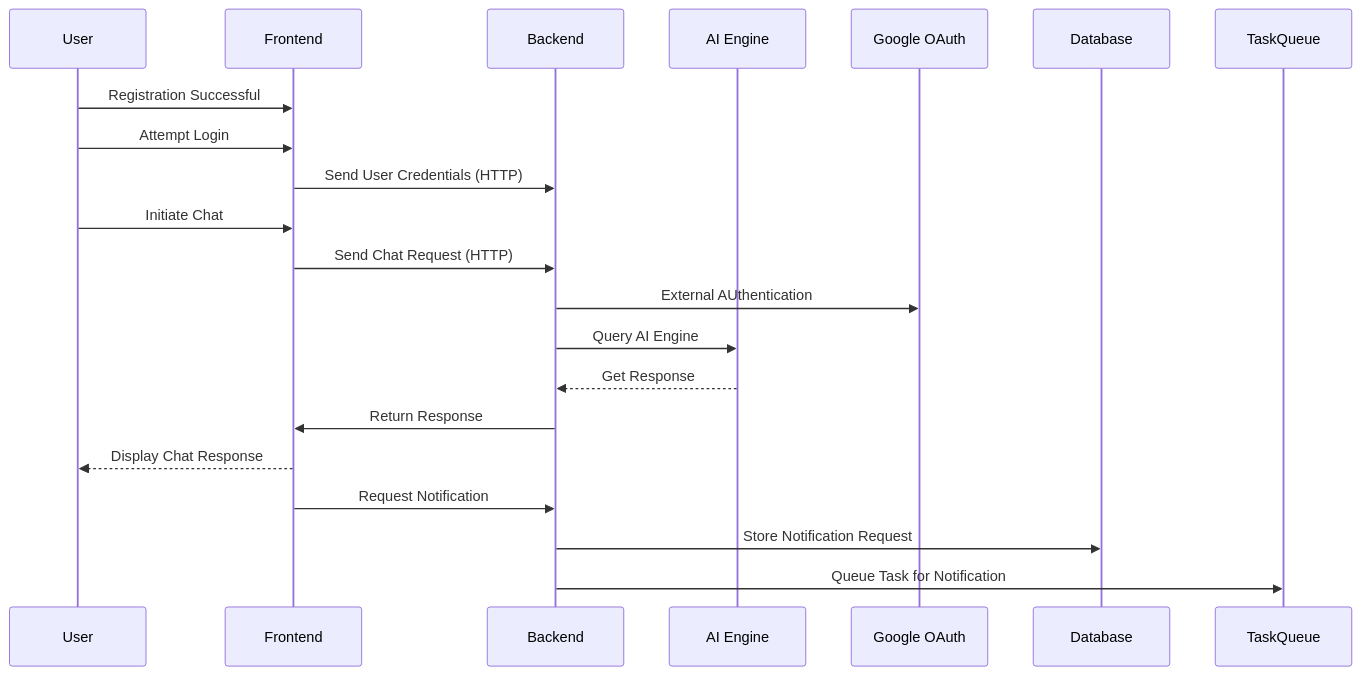
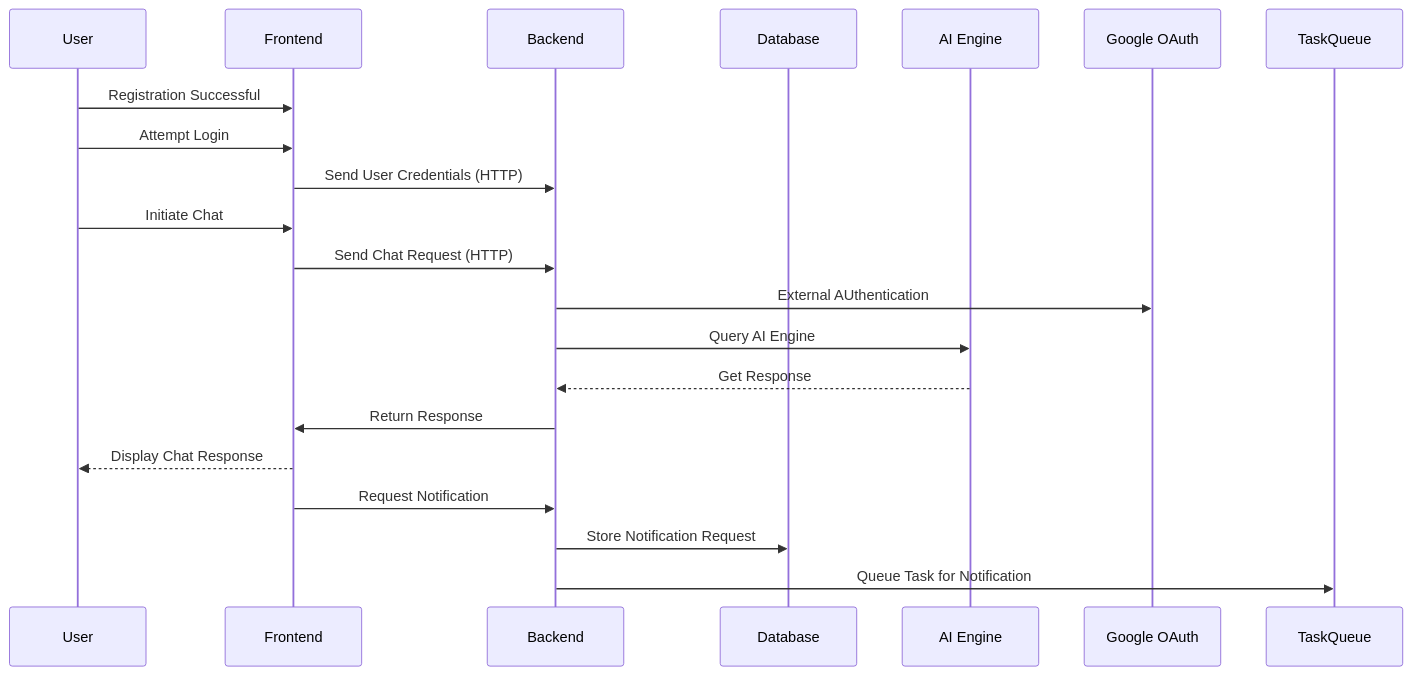
One commit to Joy-Ese/JayBank-Support-App changed the second of 2 diagrams in mermaid.md. Above: the diagram before and after it, drawn with Mermaid. The commit also changed other lines of this file, not shown here.

````diff
--- a/mermaid.md
+++ b/mermaid.md
@@ -23,25 +23,25 @@
 ``` mermaid
 sequenceDiagram
     participant U as User
     participant FE as Frontend
     participant BE as Backend
+    participant DB as Database
     participant AI as AI Engine
     participant JWT as Google OAuth
-    participant DB as Database
     participant Q as TaskQueue
 
     U->>FE: Registration Successful
     U->>FE: Attempt Login
     FE->>BE: Send User Credentials (HTTP)
     U->>FE: Initiate Chat
     FE->>BE: Send Chat Request (HTTP)
     BE->>JWT: External AUthentication
     BE->>AI: Query AI Engine
     AI-->>BE: Get Response
     BE->>FE: Return Response
     FE-->>U: Display Chat Response
 
     FE->>BE: Request Notification
     BE->>DB: Store Notification Request
     BE->>Q: Queue Task for Notification
 ```
````
